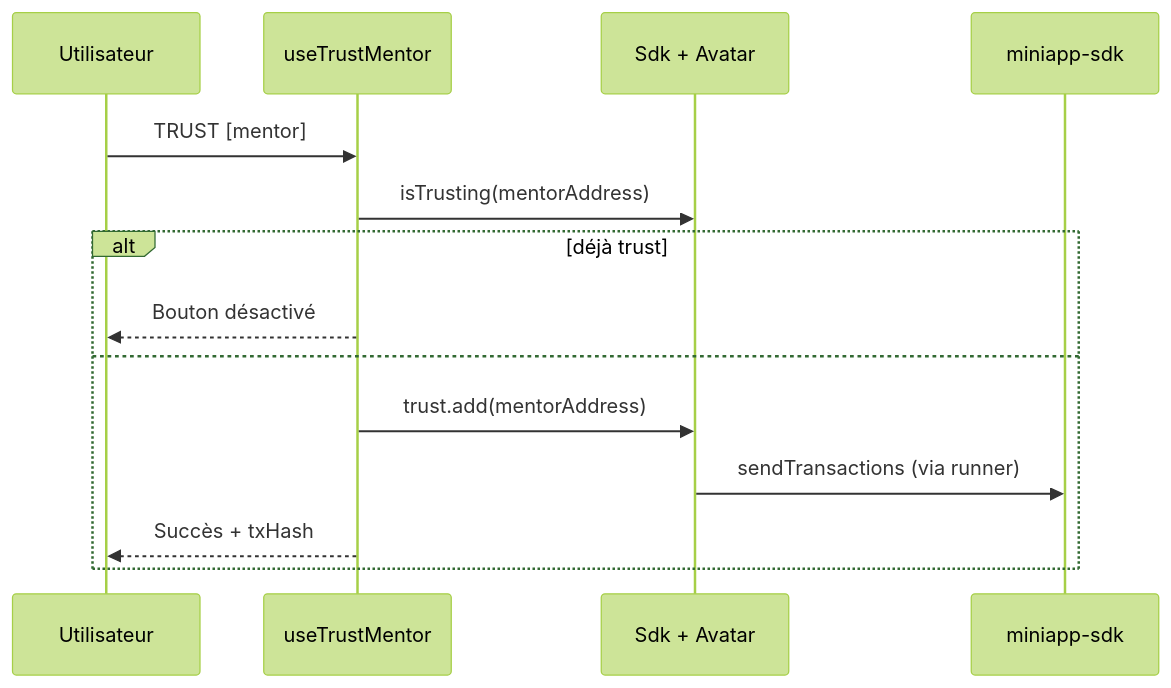
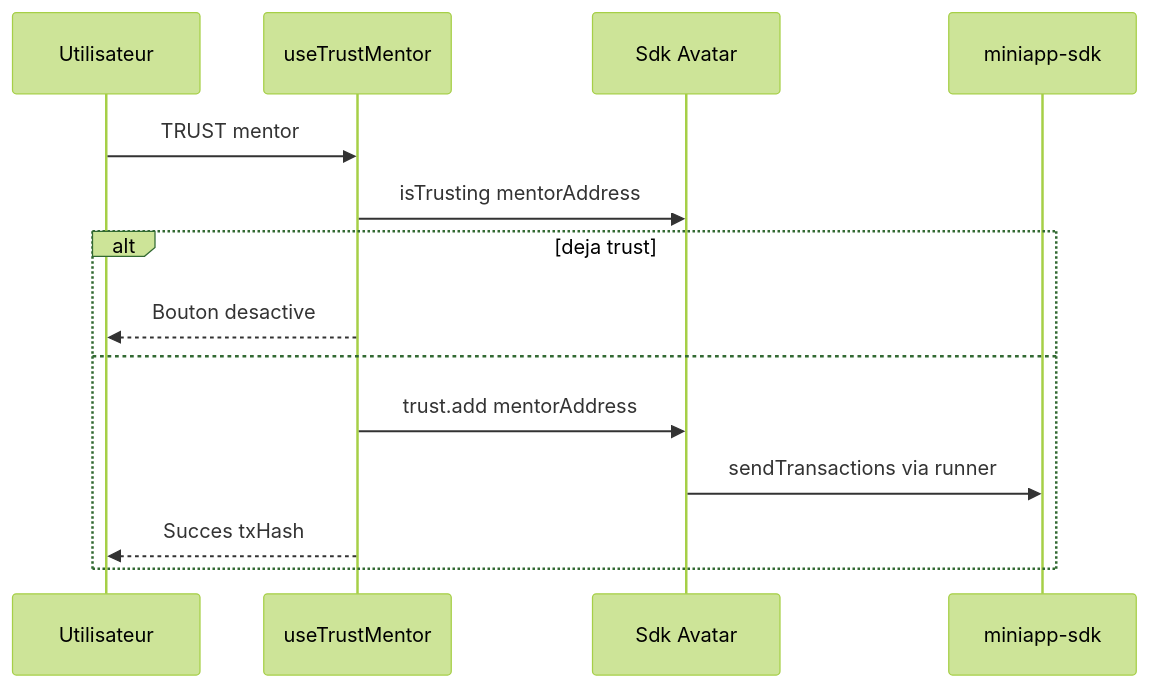
The fourth of 5 diagrams in docs/02-architecture.md (gnosis-box/THP-for-Good), drawn with Mermaid (forest theme) before and after one commit. The commit also changed other lines of this file and 7 other files, not shown here.

````diff
--- a/docs/02-architecture.md
+++ b/docs/02-architecture.md
@@ -123,17 +142,17 @@
 ```mermaid
 sequenceDiagram
   participant U as Utilisateur
   participant App as useTrustMentor
-  participant SDK as Sdk + Avatar
+  participant SDK as Sdk Avatar
   participant MA as miniapp-sdk
 
-  U->>App: TRUST [mentor]
-  App->>SDK: isTrusting(mentorAddress)
-  alt déjà trust
-    App-->>U: Bouton désactivé
+  U->>App: TRUST mentor
+  App->>SDK: isTrusting mentorAddress
+  alt deja trust
+    App-->>U: Bouton desactive
   else
-    App->>SDK: trust.add(mentorAddress)
-    SDK->>MA: sendTransactions (via runner)
-    App-->>U: Succès + txHash
+    App->>SDK: trust.add mentorAddress
+    SDK->>MA: sendTransactions via runner
+    App-->>U: Succes txHash
   end
 ```
````
